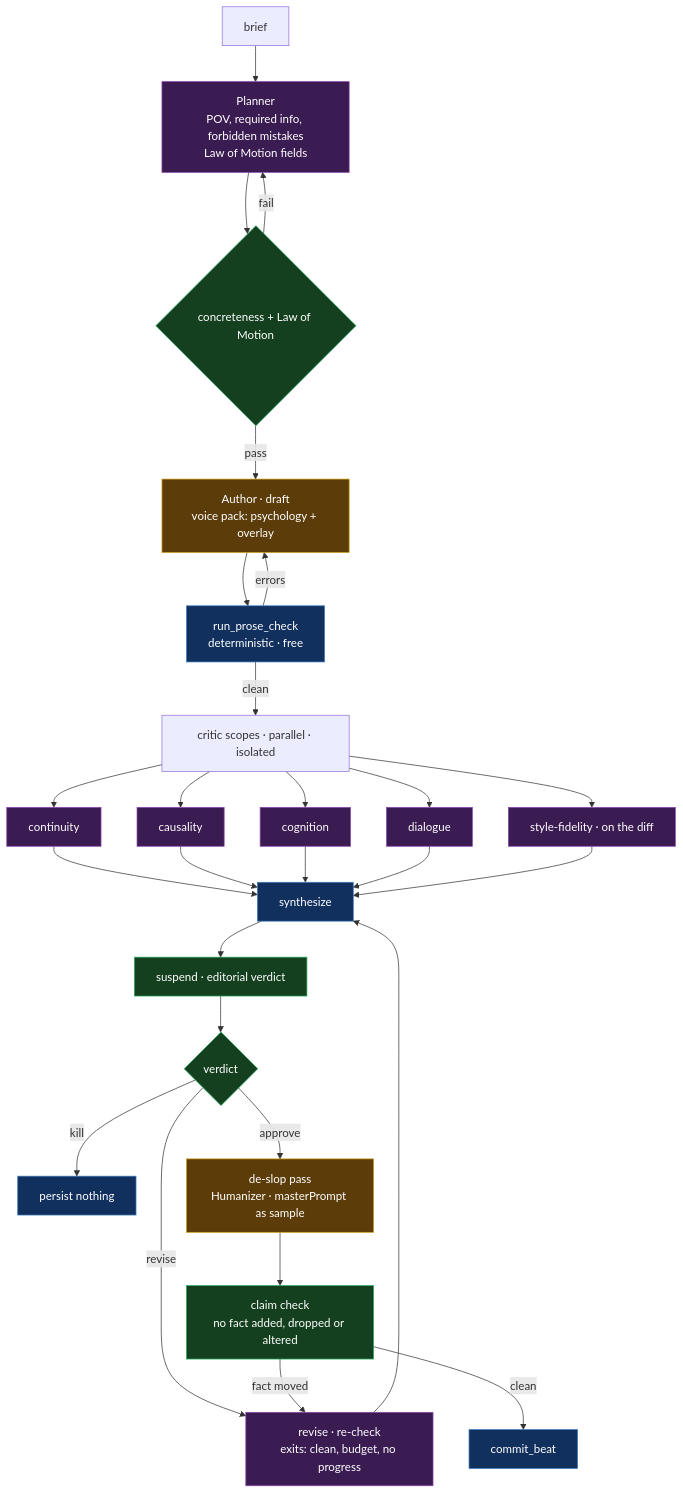
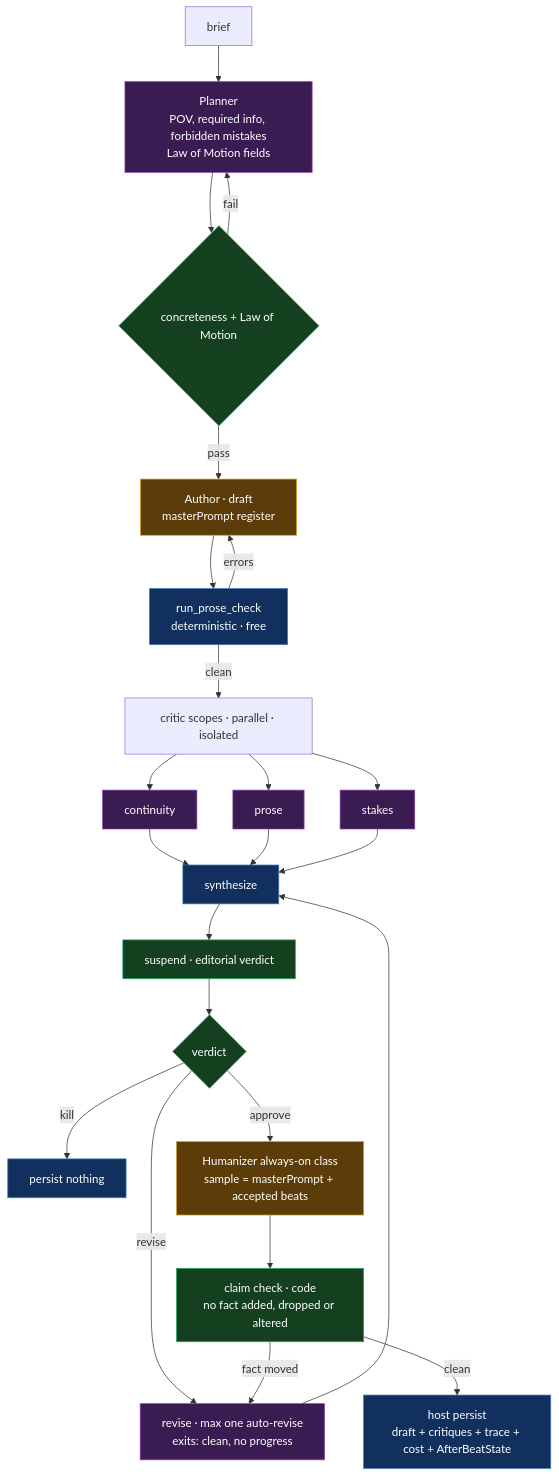
The fourth of 10 diagrams in .spec/opus/architecture-review/diagrams.md (jsroga/nomos), drawn with Mermaid before and after one commit. The commit also changed other lines of this file and 14 other files, not shown here.

Commit message:
doc(spec): architecture plan second opinion

````diff
--- a/.spec/opus/architecture-review/diagrams.md
+++ b/.spec/opus/architecture-review/diagrams.md
@@ -136,42 +140,38 @@
 ```mermaid
 flowchart TD
     ST["brief"] --> PLAN["Planner<br/>POV, required info, forbidden mistakes<br/>Law of Motion fields"]
     PLAN --> CG{"concreteness + Law of Motion"}
     CG -->|"fail"| PLAN
-    CG -->|"pass"| DRAFT["Author · draft<br/>voice pack: psychology + overlay"]
+    CG -->|"pass"| DRAFT["Author · draft<br/>masterPrompt register"]
 
     DRAFT --> DET["run_prose_check<br/>deterministic · free"]
     DET -->|"errors"| DRAFT
 
     DET -->|"clean"| FAN["critic scopes · parallel · isolated"]
     FAN --> K1["continuity"]
-    FAN --> K2["causality"]
-    FAN --> K3["cognition"]
-    FAN --> K4["dialogue"]
-    FAN --> K5["style-fidelity · on the diff"]
+    FAN --> K2["prose"]
+    FAN --> K3["stakes"]
 
     K1 --> SYN["synthesize"]
     K2 --> SYN
     K3 --> SYN
-    K4 --> SYN
-    K5 --> SYN
 
     SYN --> SUS["suspend · editorial verdict"]
     SUS --> VD{"verdict"}
     VD -->|"kill"| KILL["persist nothing"]
-    VD -->|"revise"| LOOP["revise · re-check<br/>exits: clean, budget, no progress"]
+    VD -->|"revise"| LOOP["revise · max one auto-revise<br/>exits: clean, no progress"]
     LOOP --> SYN
-    VD -->|"approve"| GEO["de-slop pass<br/>Humanizer · masterPrompt as sample"]
-    GEO --> CLAIM["claim check<br/>no fact added, dropped or altered"]
+    VD -->|"approve"| GEO["Humanizer always-on class<br/>sample = masterPrompt + accepted beats"]
+    GEO --> CLAIM["claim check · code<br/>no fact added, dropped or altered"]
     CLAIM -->|"fact moved"| LOOP
-    CLAIM -->|"clean"| COMMIT["commit_beat"]
+    CLAIM -->|"clean"| COMMIT["host persist<br/>draft + critiques + trace + cost + AfterBeatState"]
 
     classDef model fill:#3a1b52,stroke:#8e44ad,color:#fff
     classDef host fill:#12305e,stroke:#3d7ebf,color:#fff
     classDef gate fill:#14401f,stroke:#27ae60,color:#fff
     classDef vibe fill:#5c3d0a,stroke:#d4a017,color:#fff
-    class PLAN,K1,K2,K3,K4,K5,LOOP model
+    class PLAN,K1,K2,K3,LOOP model
     class DET,SYN,COMMIT,KILL host
     class CG,SUS,VD,CLAIM gate
     class DRAFT,GEO vibe
 ```
````
